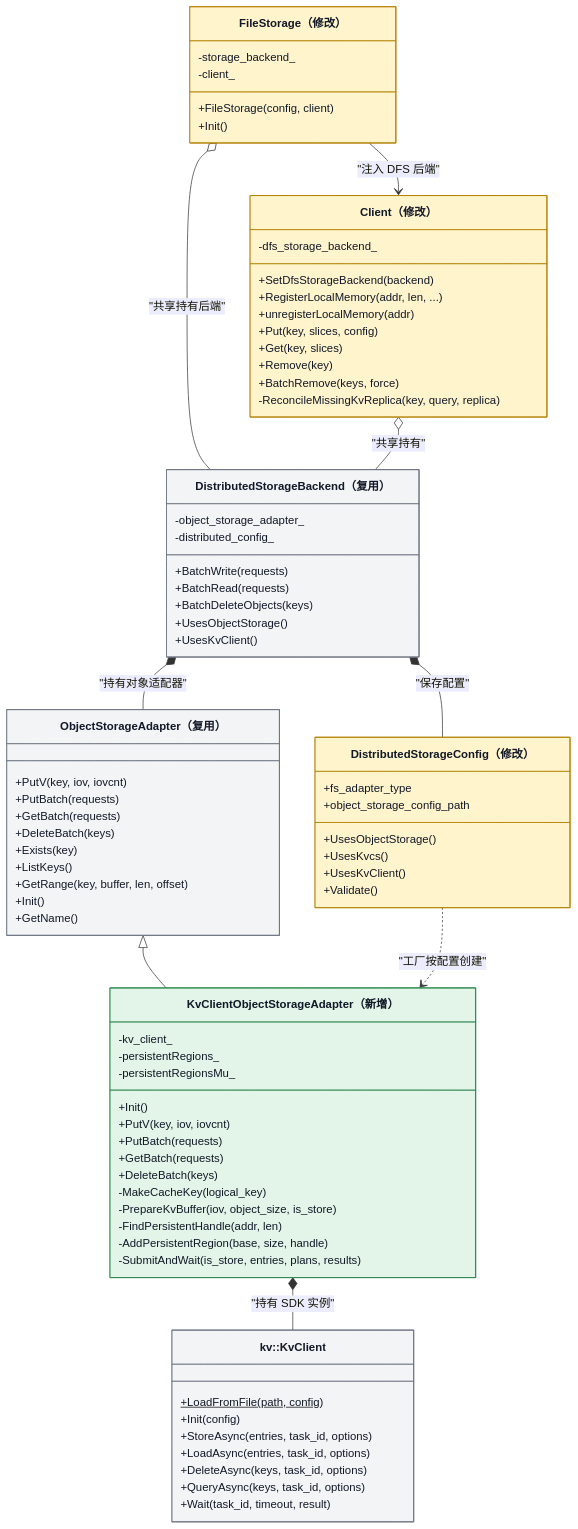
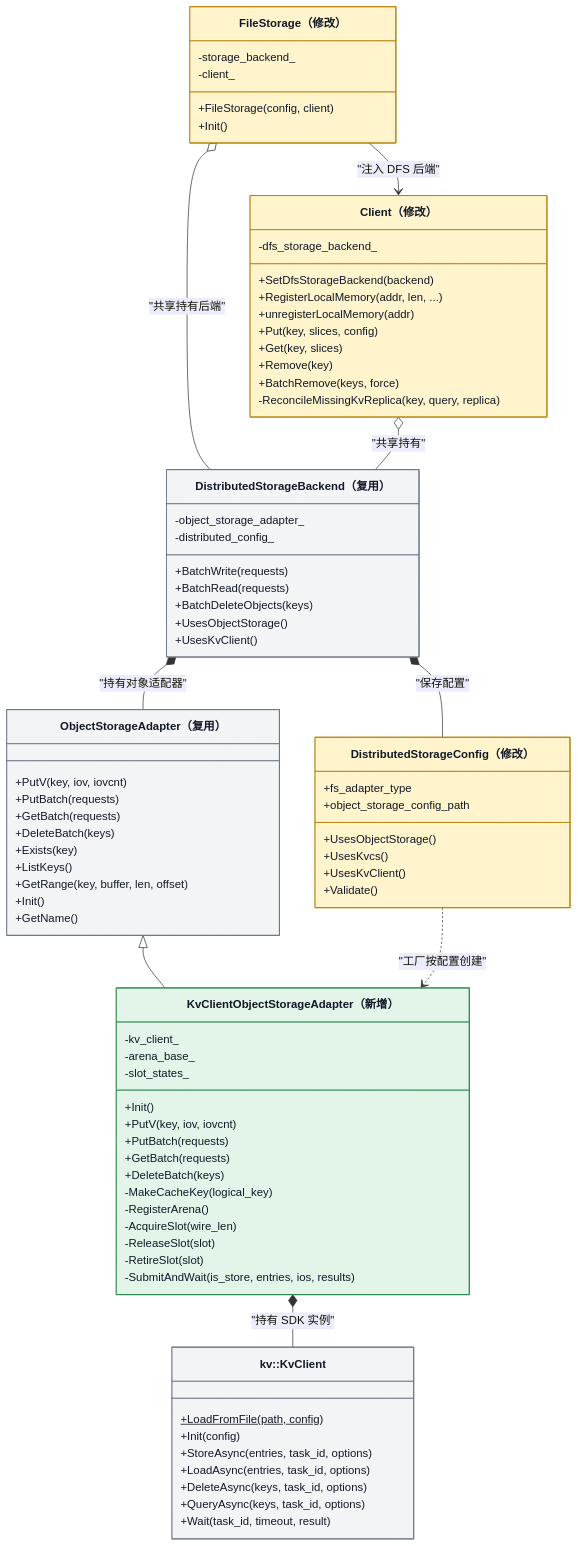
One commit to zwj20000328-dotcom/Mooncake-documents changed the second of 13 diagrams in Mooncake + KVClient L3 接入（Kvcs）- v3.md. Above: the diagram before and after it, drawn with Mermaid. The commit also changed other lines of this file, not shown here.

First line of the commit message:
docs: switch the data path to one arena with per-call slots

```diff
--- a/Mooncake + KVClient L3 接入（Kvcs）- v3.md
+++ b/Mooncake + KVClient L3 接入（Kvcs）- v3.md
@@ -177,18 +176,19 @@
    
     class KvClientObjectStorageAdapter["KvClientObjectStorageAdapter（新增）"] {
         -kv_client_
-        -persistentRegions_
-        -persistentRegionsMu_
+        -arena_base_
+        -slot_states_
         +Init()
         +PutV(key, iov, iovcnt)
         +PutBatch(requests)
         +GetBatch(requests)
         +DeleteBatch(keys)
         -MakeCacheKey(logical_key)
-        -PrepareKvBuffer(iov, object_size, is_store)
-        -FindPersistentHandle(addr, len)
-        -AddPersistentRegion(base, size, handle)
-        -SubmitAndWait(is_store, entries, plans, results)
+        -RegisterArena()
+        -AcquireSlot(wire_len)
+        -ReleaseSlot(slot)
+        -RetireSlot(slot)
+        -SubmitAndWait(is_store, entries, ios, results)
     }
 
     class SdkKvClient["kv::KvClient"] {
```
